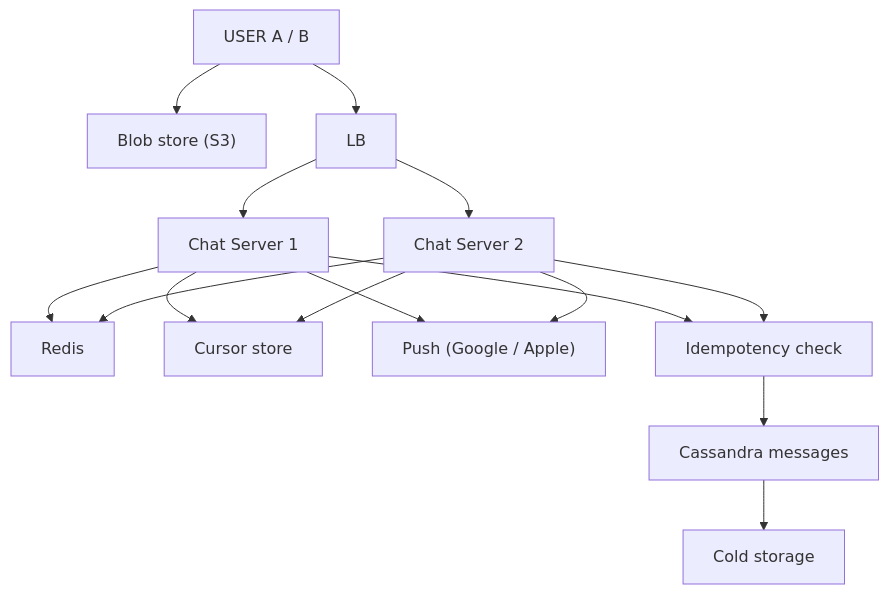
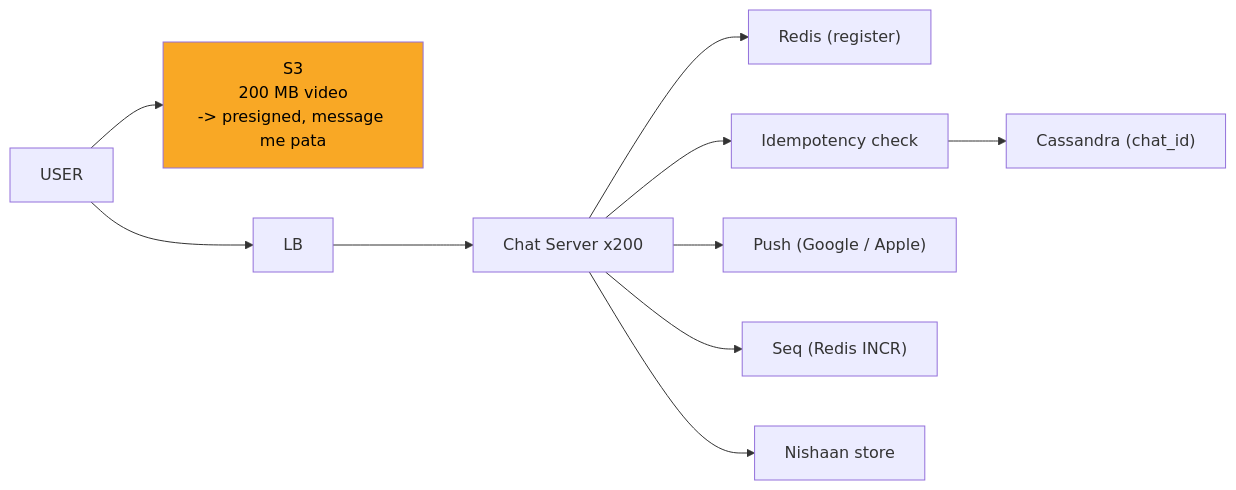
One commit to ArpanMaheshwari144/Prep changed the tenth of 12 diagrams in 04_HLD/SYSTEM_DESIGNS/14_chat_messaging/14_chat_messaging.md. Above: the diagram before and after it, drawn with Mermaid. The commit also changed other lines of this file, not shown here.

Commit message:
chat: one-day story, short cards, follow-ups with rules, highlighted diagrams

````diff
--- a/04_HLD/SYSTEM_DESIGNS/14_chat_messaging/14_chat_messaging.md
+++ b/04_HLD/SYSTEM_DESIGNS/14_chat_messaging/14_chat_messaging.md
@@ -539,28 +413,23 @@
 ```mermaid
-flowchart TD
-    n_USER_A_B["USER A / B"]
-    n_Blob_store_S3["Blob store (S3)"]
+flowchart LR
+    n_S3["S3<br/>200 MB video<br/>-> presigned, message me pata"]
+    n_U["USER"]
     n_LB["LB"]
-    n_Chat_Server_x_200_1["Chat Server 1"]
-    n_Chat_Server_x_200_2["Chat Server 2"]
-    n_Redis["Redis"]
-    n_Cursor_store["Cursor store"]
-    n_Push_Google_Apple["Push (Google / Apple)"]
-    n_Idempotency_check["Idempotency check"]
-    n_Cassandra_messages["Cassandra messages"]
-    n_Cold_storage["Cold storage"]
-    n_USER_A_B --> n_Blob_store_S3
-    n_USER_A_B --> n_LB
-    n_LB --> n_Chat_Server_x_200_1
-    n_LB --> n_Chat_Server_x_200_2
-    n_Chat_Server_x_200_1 --> n_Redis
-    n_Chat_Server_x_200_2 --> n_Redis
-    n_Chat_Server_x_200_1 --> n_Idempotency_check
-    n_Chat_Server_x_200_2 --> n_Idempotency_check
-    n_Chat_Server_x_200_1 --> n_Cursor_store
-    n_Chat_Server_x_200_2 --> n_Cursor_store
-    n_Chat_Server_x_200_1 --> n_Push_Google_Apple
-    n_Chat_Server_x_200_2 --> n_Push_Google_Apple
-    n_Idempotency_check --> n_Cassandra_messages
-    n_Cassandra_messages --> n_Cold_storage
+    n_CS["Chat Server x200"]
+    n_R["Redis (register)"]
+    n_I["Idempotency check"]
+    n_CA["Cassandra (chat_id)"]
+    n_P["Push (Google / Apple)"]
+    n_SQ["Seq (Redis INCR)"]
+    n_NS["Nishaan store"]
+    n_U --> n_S3
+    n_U --> n_LB
+    n_LB --> n_CS
+    n_CS --> n_R
+    n_CS --> n_I
+    n_I --> n_CA
+    n_CS --> n_P
+    n_CS --> n_SQ
+    n_CS --> n_NS
+    style n_S3 fill:#f9a825,color:#000
 ```
````
